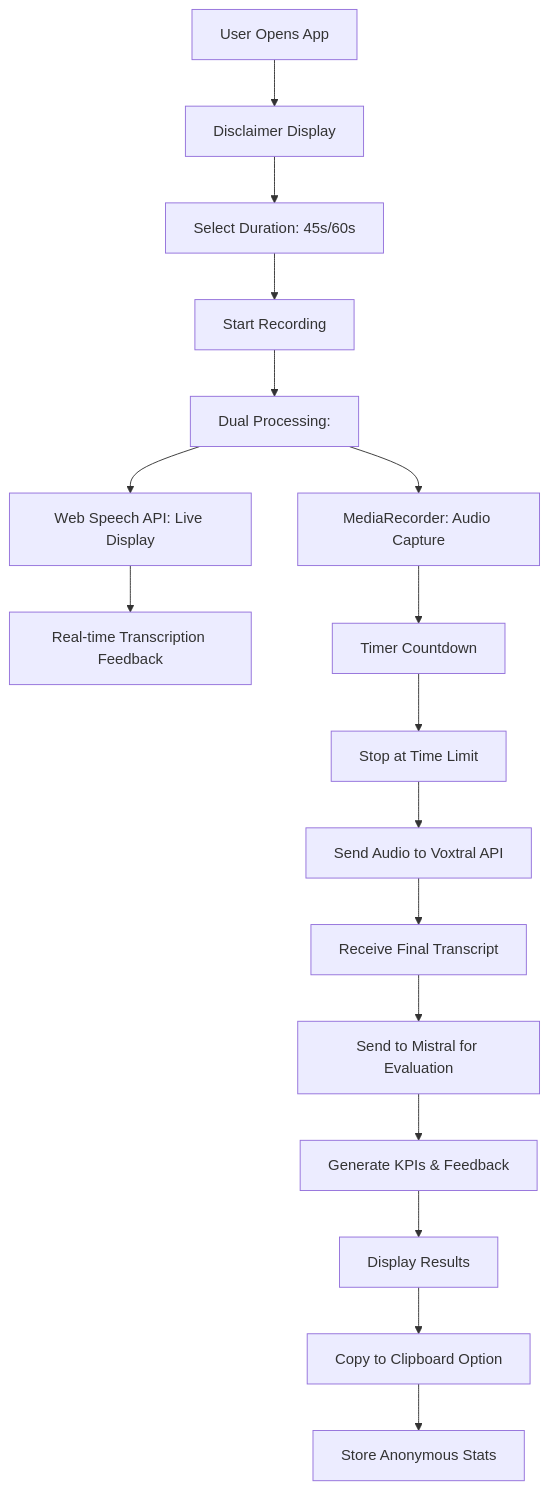
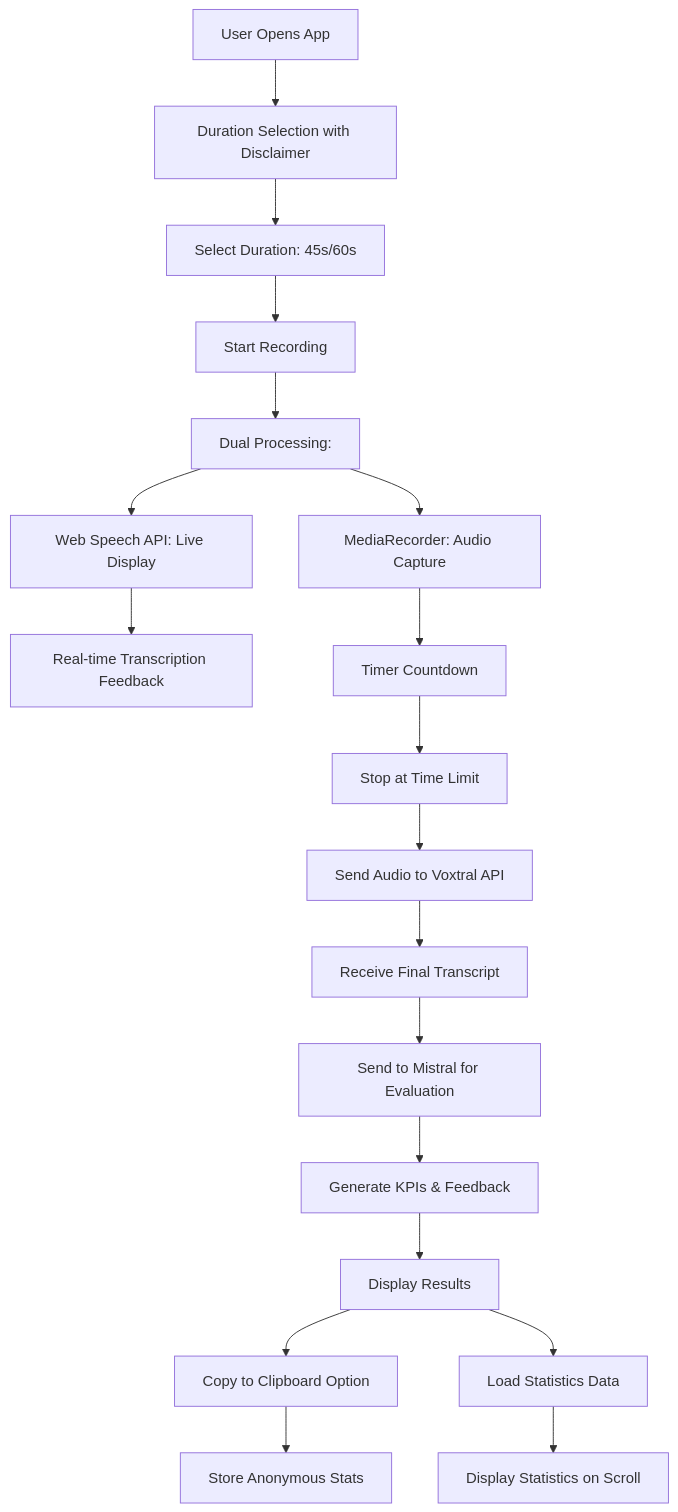
Before and after one commit to andreassigloch/pitrain: the diagram in pitrain.md, drawn with Mermaid. The commit also changed other lines of this file and 6 other files, not shown here.

First line of the commit message:
Implement mobile-first UI improvements and statistics display

````diff
--- a/pitrain.md
+++ b/pitrain.md
@@ -194,19 +224,21 @@
 ```mermaid
 graph TD
-    A[User Opens App] --> B[Disclaimer Display]
+    A[User Opens App] --> B[Duration Selection with Disclaimer]
     B --> C[Select Duration: 45s/60s]
     C --> D[Start Recording]
     D --> E[Dual Processing:]
     E --> F[Web Speech API: Live Display]
     E --> G[MediaRecorder: Audio Capture]
     F --> H[Real-time Transcription Feedback]
     G --> I[Timer Countdown]
     I --> J[Stop at Time Limit]
     J --> K[Send Audio to Voxtral API]
     K --> L[Receive Final Transcript]
     L --> M[Send to Mistral for Evaluation]
     M --> N[Generate KPIs & Feedback]
     N --> O[Display Results]
     O --> P[Copy to Clipboard Option]
+    O --> R[Load Statistics Data]
     P --> Q[Store Anonymous Stats]
+    R --> S[Display Statistics on Scroll]
 ```
````
